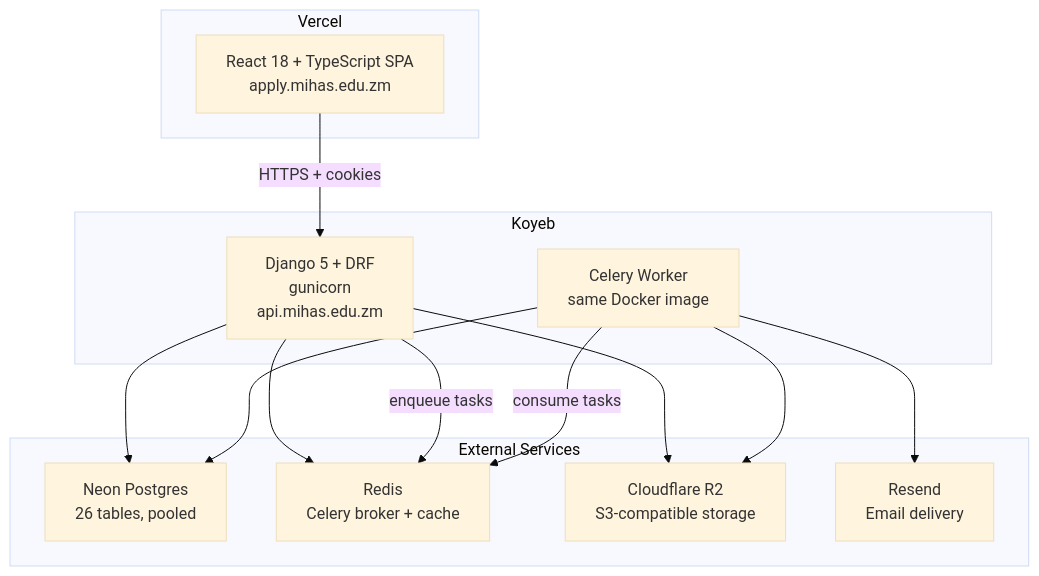
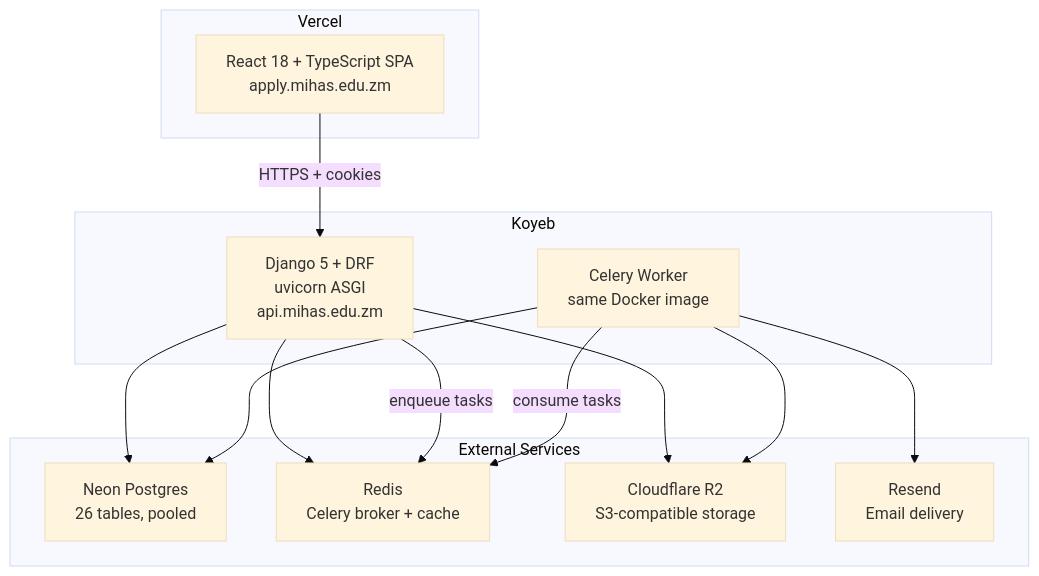
Before and after one commit to cosmasgicter/mihasv3: the first of 2 diagrams in .kiro/specs/python-backend-migration/design.md, drawn with Mermaid (base theme). The commit also changed other lines of this file and 108 other files, not shown here.

````diff
--- a/.kiro/specs/python-backend-migration/design.md
+++ b/.kiro/specs/python-backend-migration/design.md
@@ -22,28 +22,28 @@
 ```mermaid
 graph TB
     subgraph "Vercel"
         FE["React 18 + TypeScript SPA<br/>apply.mihas.edu.zm"]
     end
 
     subgraph "Koyeb"
-        API["Django 5 + DRF<br/>gunicorn<br/>api.mihas.edu.zm"]
+        API["Django 5 + DRF<br/>uvicorn ASGI<br/>api.mihas.edu.zm"]
         CW["Celery Worker<br/>same Docker image"]
     end
 
     subgraph "External Services"
         NDB["Neon Postgres<br/>26 tables, pooled"]
         RED["Redis<br/>Celery broker + cache"]
         R2["Cloudflare R2<br/>S3-compatible storage"]
         RS["Resend<br/>Email delivery"]
     end
 
     FE -->|"HTTPS + cookies"| API
     API --> NDB
     API --> RED
     API --> R2
     API -->|"enqueue tasks"| RED
     CW -->|"consume tasks"| RED
     CW --> NDB
     CW --> RS
     CW --> R2
 ```
````
